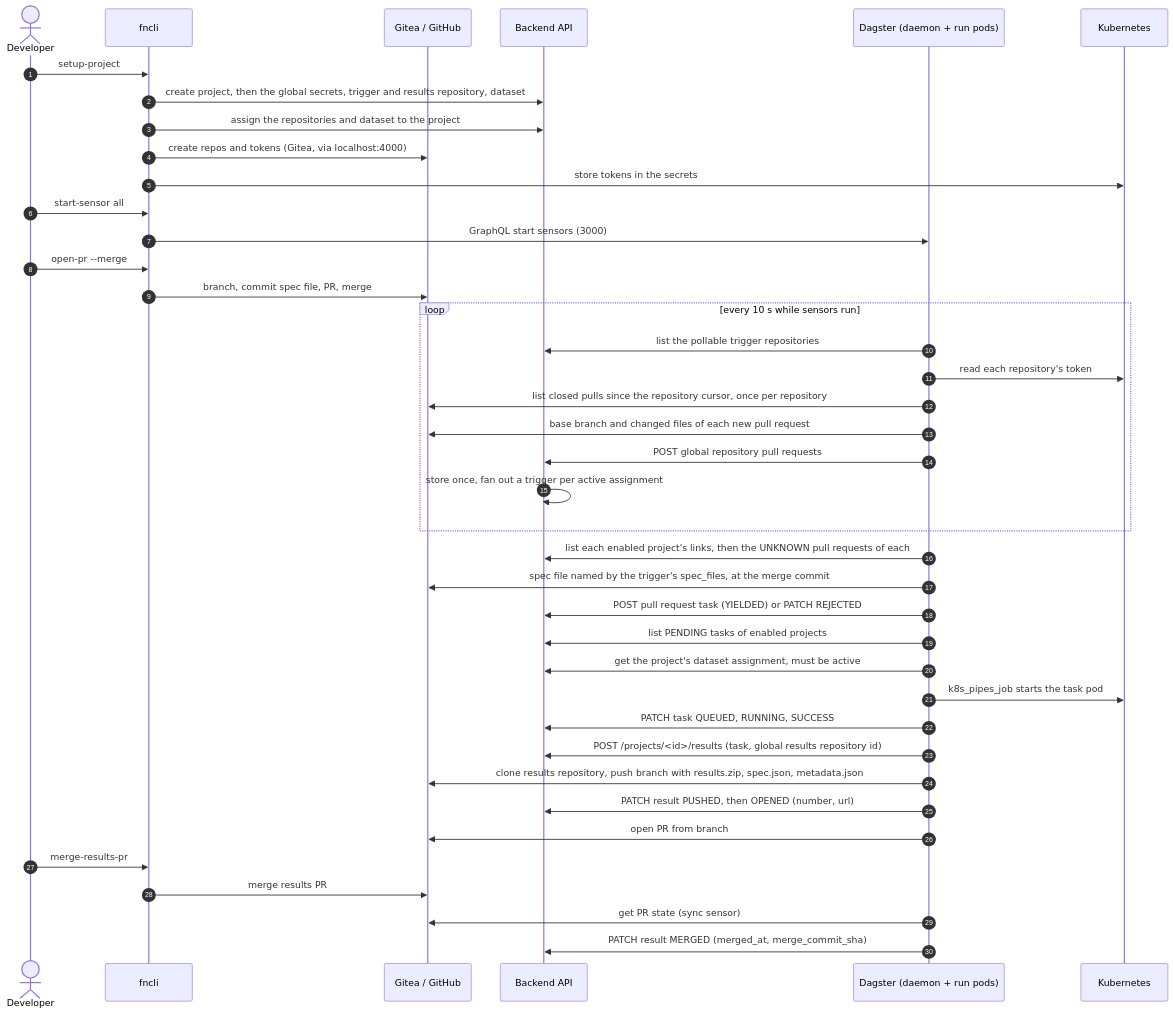
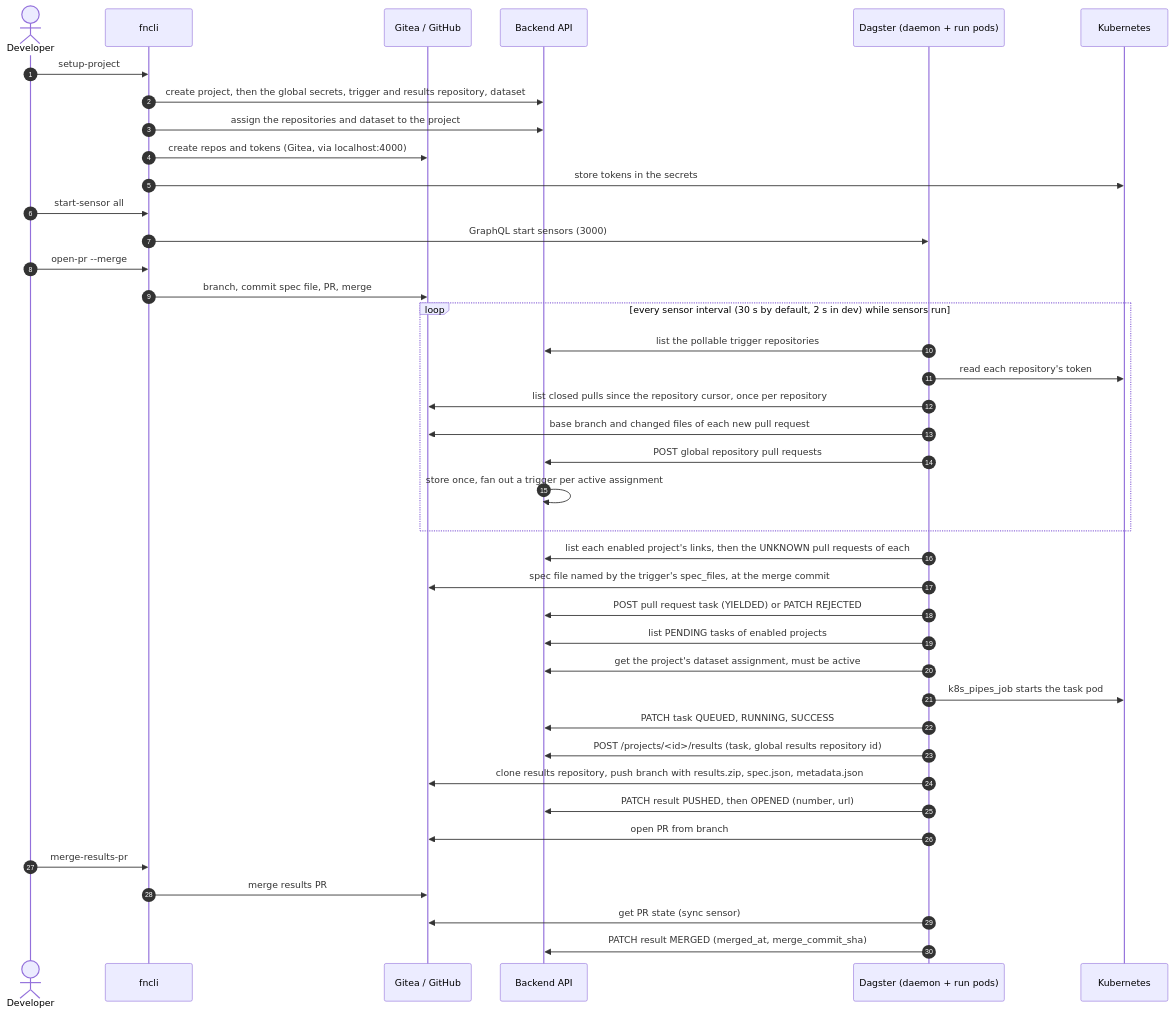
The second of 3 diagrams in docs/architecture/flows.md (Aridhia-Open-Source/PHEMS_federated_node), drawn with Mermaid before and after one commit. The commit also changed other lines of this file and 5 other files, not shown here.

First line of the commit message:
Decision record 0028, umbrella 0019, the index, the review guide for the stack, and corrected architecture docs

````diff
--- a/docs/architecture/flows.md
+++ b/docs/architecture/flows.md
@@ -56,44 +56,44 @@
 ```mermaid
 sequenceDiagram
     autonumber
     actor Dev as Developer
     participant CLI as fncli
     participant Git as Gitea / GitHub
     participant BE as Backend API
     participant DG as Dagster (daemon + run pods)
     participant K8s as Kubernetes
 
     Dev->>CLI: setup-project
     CLI->>BE: create project, then the global secrets, trigger and results repository, dataset
     CLI->>BE: assign the repositories and dataset to the project
     CLI->>Git: create repos and tokens (Gitea, via localhost:4000)
     CLI->>K8s: store tokens in the secrets
     Dev->>CLI: start-sensor all
     CLI->>DG: GraphQL start sensors (3000)
     Dev->>CLI: open-pr --merge
     CLI->>Git: branch, commit spec file, PR, merge
 
-    loop every 10 s while sensors run
+    loop every sensor interval (30 s by default, 2 s in dev) while sensors run
         DG->>BE: list the pollable trigger repositories
         DG->>K8s: read each repository's token
         DG->>Git: list closed pulls since the repository cursor, once per repository
         DG->>Git: base branch and changed files of each new pull request
         DG->>BE: POST global repository pull requests
         BE->>BE: store once, fan out a trigger per active assignment
     end
     DG->>BE: list each enabled project's links, then the UNKNOWN pull requests of each
     DG->>Git: spec file named by the trigger's spec_files, at the merge commit
     DG->>BE: POST pull request task (YIELDED) or PATCH REJECTED
     DG->>BE: list PENDING tasks of enabled projects
     DG->>BE: get the project's dataset assignment, must be active
     DG->>K8s: k8s_pipes_job starts the task pod
     DG->>BE: PATCH task QUEUED, RUNNING, SUCCESS
     DG->>BE: POST /projects/<id>/results (task, global results repository id)
     DG->>Git: clone results repository, push branch with results.zip, spec.json, metadata.json
     DG->>BE: PATCH result PUSHED, then OPENED (number, url)
     DG->>Git: open PR from branch
     Dev->>CLI: merge-results-pr
     CLI->>Git: merge results PR
     DG->>Git: get PR state (sync sensor)
     DG->>BE: PATCH result MERGED (merged_at, merge_commit_sha)
 ```
````
